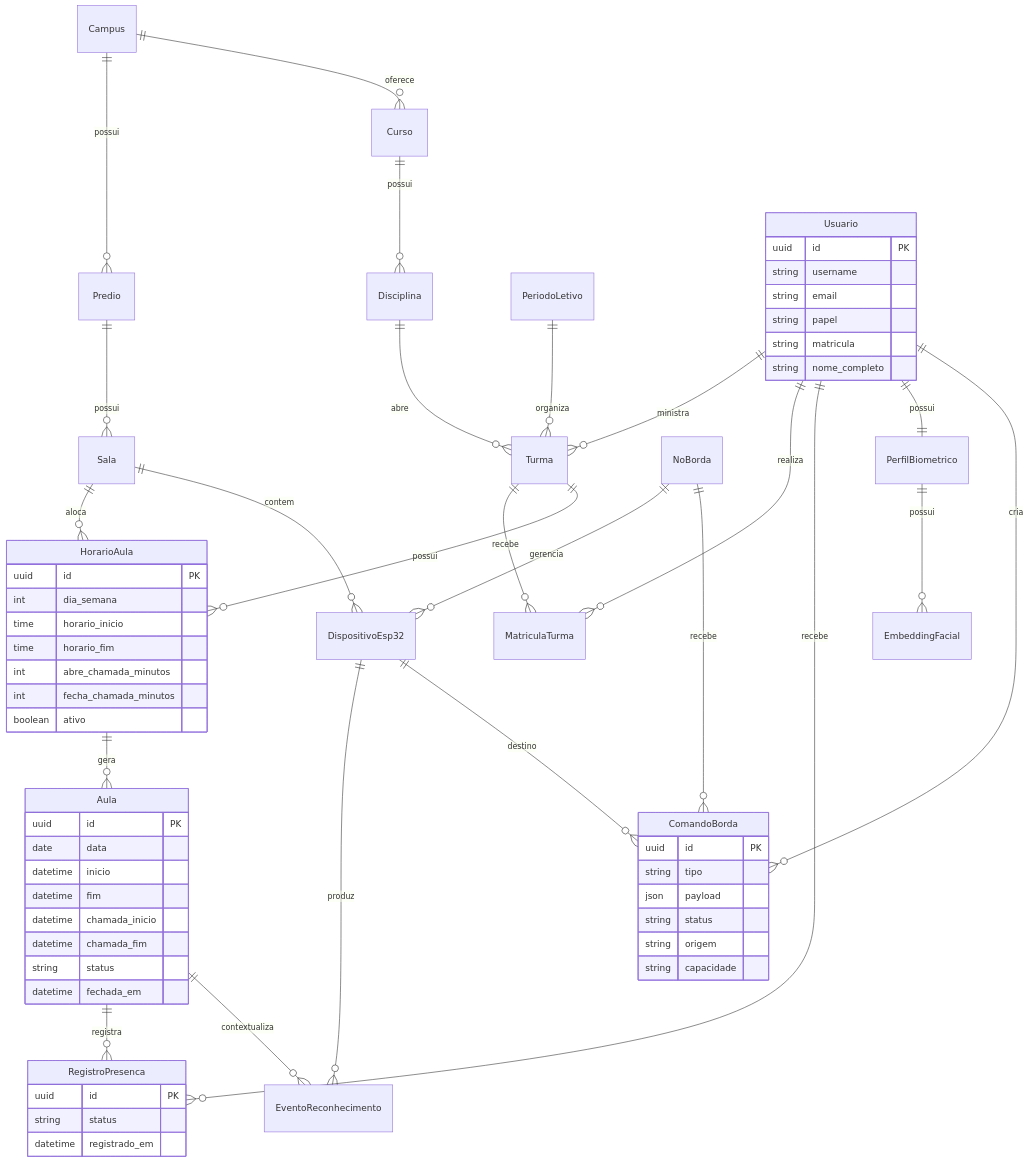
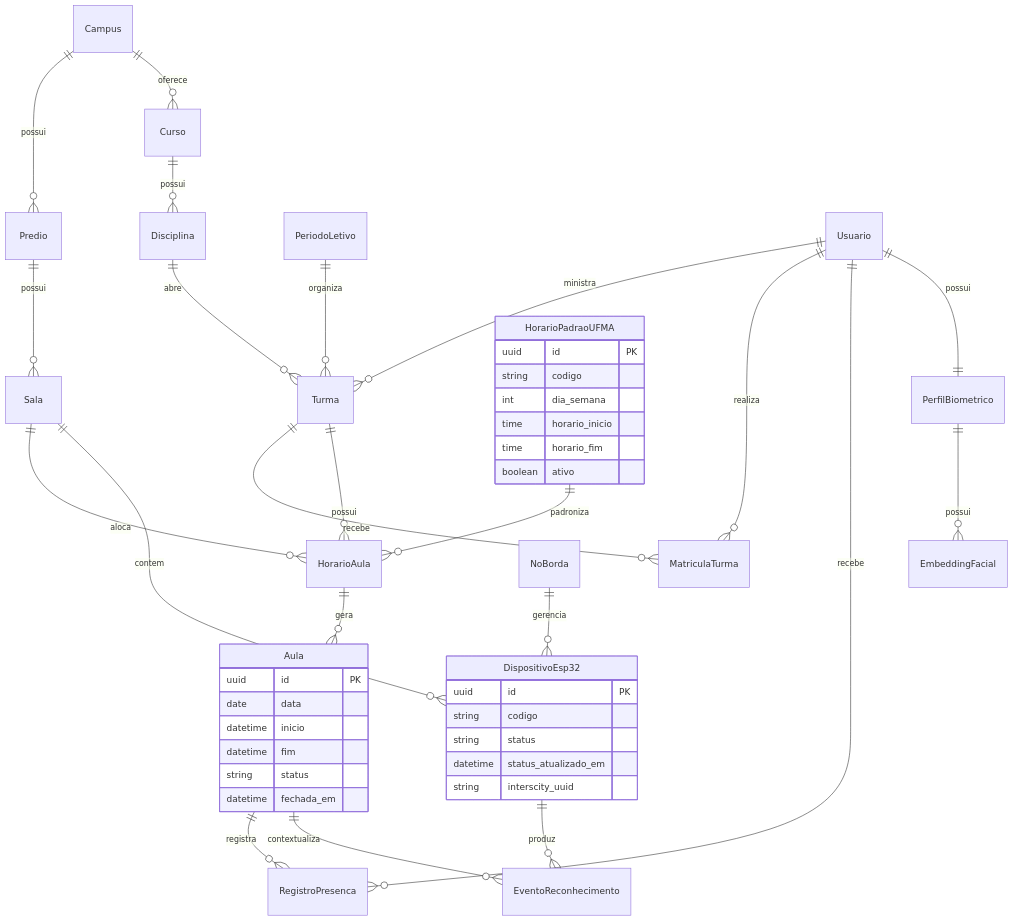
The second of 11 diagrams in autoponto-backend/docs/diagramas-tcc.md (DanielKGM/autoponto), drawn with Mermaid before and after one commit. The commit also changed other lines of this file and 42 other files, not shown here.

````diff
--- a/autoponto-backend/docs/diagramas-tcc.md
+++ b/autoponto-backend/docs/diagramas-tcc.md
@@ -48,71 +22,50 @@
 ```mermaid
 erDiagram
     Campus ||--o{ Predio : possui
     Predio ||--o{ Sala : possui
     Campus ||--o{ Curso : oferece
     Curso ||--o{ Disciplina : possui
     PeriodoLetivo ||--o{ Turma : organiza
     Disciplina ||--o{ Turma : abre
     Usuario ||--o{ Turma : ministra
     Turma ||--o{ MatriculaTurma : recebe
     Usuario ||--o{ MatriculaTurma : realiza
+    HorarioPadraoUFMA ||--o{ HorarioAula : padroniza
     Turma ||--o{ HorarioAula : possui
     Sala ||--o{ HorarioAula : aloca
     HorarioAula ||--o{ Aula : gera
     Aula ||--o{ RegistroPresenca : registra
     Usuario ||--o{ RegistroPresenca : recebe
     NoBorda ||--o{ DispositivoEsp32 : gerencia
     Sala ||--o{ DispositivoEsp32 : contem
     DispositivoEsp32 ||--o{ EventoReconhecimento : produz
     Aula ||--o{ EventoReconhecimento : contextualiza
     Usuario ||--|| PerfilBiometrico : possui
     PerfilBiometrico ||--o{ EmbeddingFacial : possui
-    NoBorda ||--o{ ComandoBorda : recebe
-    DispositivoEsp32 ||--o{ ComandoBorda : destino
-    Usuario ||--o{ ComandoBorda : cria
 
-    Usuario {
+    HorarioPadraoUFMA {
         uuid id PK
-        string username
-        string email
-        string papel
-        string matricula
-        string nome_completo
-    }
-
-    HorarioAula {
-        uuid id PK
+        string codigo
         int dia_semana
         time horario_inicio
         time horario_fim
-        int abre_chamada_minutos
-        int fecha_chamada_minutos
         boolean ativo
     }
 
     Aula {
         uuid id PK
         date data
         datetime inicio
         datetime fim
-        datetime chamada_inicio
-        datetime chamada_fim
         string status
         datetime fechada_em
     }
 
-    RegistroPresenca {
+    DispositivoEsp32 {
         uuid id PK
+        string codigo
         string status
-        datetime registrado_em
-    }
-
-    ComandoBorda {
-        uuid id PK
-        string tipo
-        json payload
-        string status
-        string origem
-        string capacidade
+        datetime status_atualizado_em
+        string interscity_uuid
     }
 ```
````
